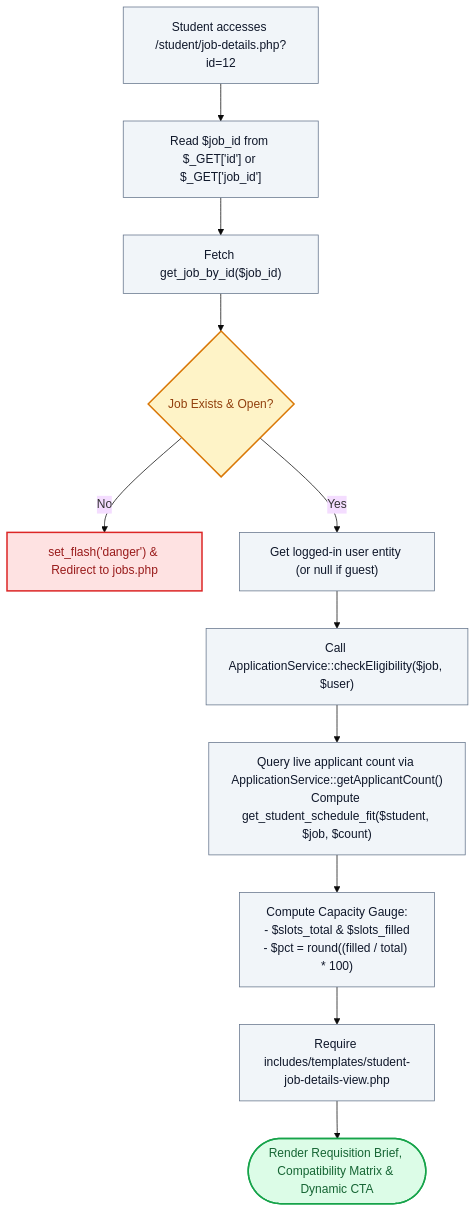
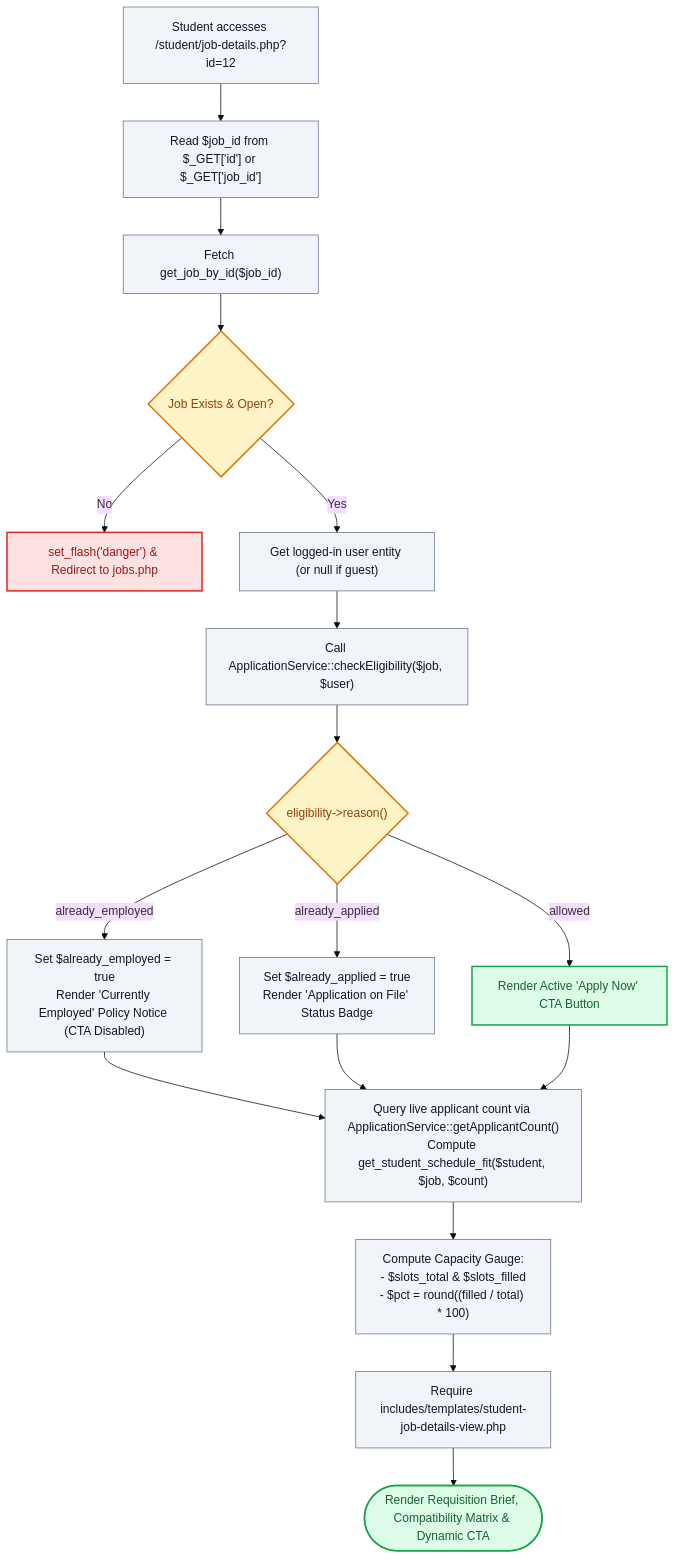
One commit to AlwinsonTGM/Campus-Job-Posting-System changed the diagram in docs/codebase/student/job-details.php.md. Above: the diagram before and after it, drawn with Mermaid (base theme). The commit also changed other lines of this file and 61 other files, not shown here.

````diff
--- a/docs/codebase/student/job-details.php.md
+++ b/docs/codebase/student/job-details.php.md
@@ -34,29 +34,35 @@
 ```mermaid
 flowchart TD
     Req["Student accesses /student/job-details.php?id=12"] --> FetchID["Read $job_id from $_GET['id'] or $_GET['job_id']"]
     
     FetchID --> QueryJob["Fetch get_job_by_id($job_id)"]
     
     QueryJob --> JobExists{"Job Exists & Open?"}
     JobExists -- "No" --> RedirectNotFound["set_flash('danger') & Redirect to jobs.php"]
     
     JobExists -- "Yes" --> ExtractUser["Get logged-in user entity (or null if guest)"]
     
     ExtractUser --> CheckEligibility["Call ApplicationService::checkEligibility($job, $user)"]
-    CheckEligibility --> CheckFit["Query live applicant count via ApplicationService::getApplicantCount()<br/>Compute get_student_schedule_fit($student, $job, $count)"]
+    CheckEligibility --> EvalReason{"eligibility->reason()"}
+    
+    EvalReason -- "already_employed" --> EmployedBanner["Set $already_employed = true<br/>Render 'Currently Employed' Policy Notice (CTA Disabled)"]
+    EvalReason -- "already_applied" --> AppliedBanner["Set $already_applied = true<br/>Render 'Application on File' Status Badge"]
+    EvalReason -- "allowed" --> ActiveCTA["Render Active 'Apply Now' CTA Button"]
+    
+    EmployedBanner & AppliedBanner & ActiveCTA --> CheckFit["Query live applicant count via ApplicationService::getApplicantCount()<br/>Compute get_student_schedule_fit($student, $job, $count)"]
     
     CheckFit --> CalcSlots["Compute Capacity Gauge:<br/>- $slots_total & $slots_filled<br/>- $pct = round((filled / total) * 100)"]
     
     CalcSlots --> DelegateView["Require includes/templates/student-job-details-view.php"]
     DelegateView --> StreamOutput(["Render Requisition Brief, Compatibility Matrix & Dynamic CTA"])
     
     classDef gate fill:#fef3c7,stroke:#d97706,stroke-width:2px,color:#92400e;
     classDef success fill:#dcfce7,stroke:#16a34a,stroke-width:2px,color:#166534;
     classDef danger fill:#fee2e2,stroke:#dc2626,stroke-width:2px,color:#991b1b;
     classDef step fill:#f1f5f9,stroke:#64748b,stroke-width:1px,color:#0f172a;
     
-    class JobExists gate;
-    class StreamOutput success;
+    class JobExists,EvalReason gate;
+    class StreamOutput,ActiveCTA success;
     class RedirectNotFound danger;
-    class Req,FetchID,QueryJob,ExtractUser,CheckEligibility,CheckFit,CalcSlots,DelegateView step;
+    class Req,FetchID,QueryJob,ExtractUser,CheckEligibility,EmployedBanner,AppliedBanner,CheckFit,CalcSlots,DelegateView step;
 ```
````
